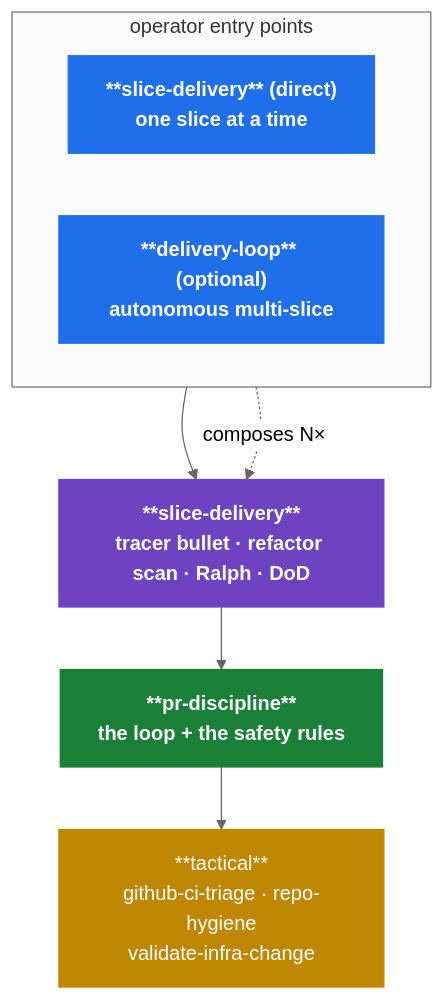
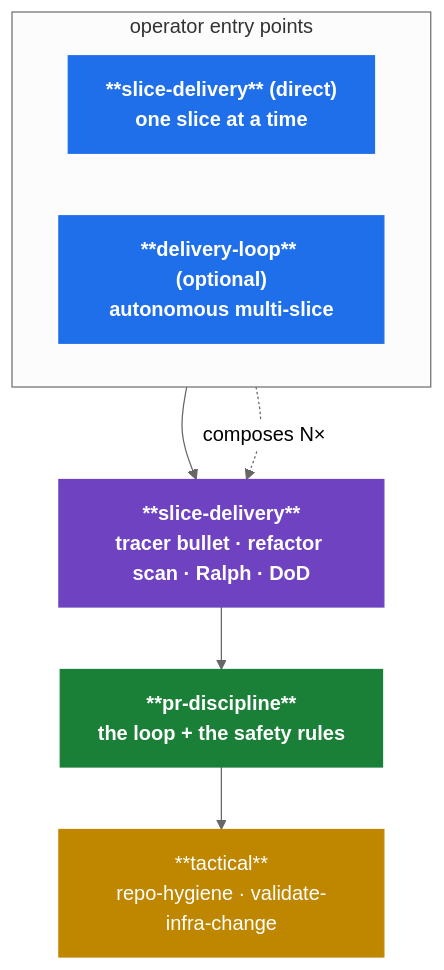
One commit to ujjaval-verma/skills changed the diagram in README.md. Above: the diagram before and after it, drawn with Mermaid (neutral theme). The commit also changed other lines of this file and 5 other files, not shown here.

First line of the commit message:
chore(github-ci-triage): remove skill; fold rails into pr-discipline (#31)

````diff
--- a/README.md
+++ b/README.md
@@ -98,22 +96,22 @@
 ```mermaid
 flowchart TD
     classDef entry fill:#1f6feb,stroke:#1f6feb,color:#fff,font-weight:bold
     classDef exec fill:#6f42c1,stroke:#6f42c1,color:#fff,font-weight:bold
     classDef pr fill:#1a7f37,stroke:#1a7f37,color:#fff,font-weight:bold
     classDef tactical fill:#bf8700,stroke:#bf8700,color:#fff
 
     subgraph EP["operator entry points"]
         direction LR
         direct["**slice-delivery** (direct)<br/>one slice at a time"]:::entry
         loop["**delivery-loop** (optional)<br/>autonomous multi-slice"]:::entry
     end
 
     slice["**slice-delivery**<br/>tracer bullet · refactor scan · Ralph · DoD"]:::exec
     pr["**pr-discipline**<br/>the loop + the safety rules"]:::pr
-    tactical["**tactical**<br/>github-ci-triage · repo-hygiene<br/>validate-infra-change"]:::tactical
+    tactical["**tactical**<br/>repo-hygiene · validate-infra-change"]:::tactical
 
     direct --> slice
     loop -. "composes N×" .-> slice
     slice --> pr
     pr --> tactical
 ```
````
